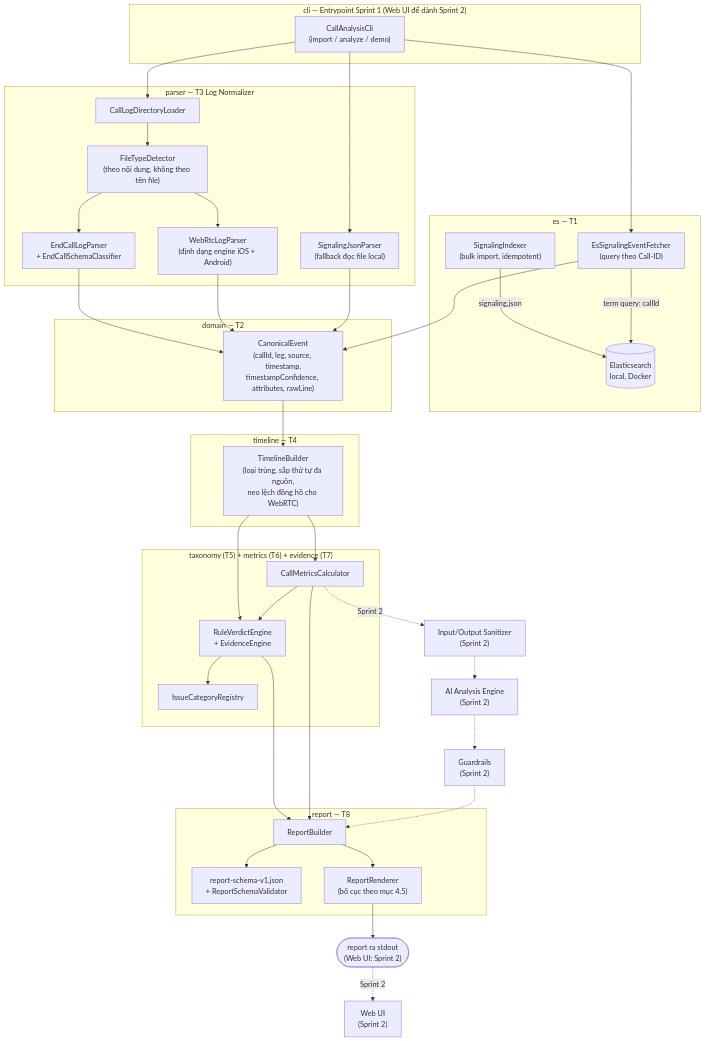
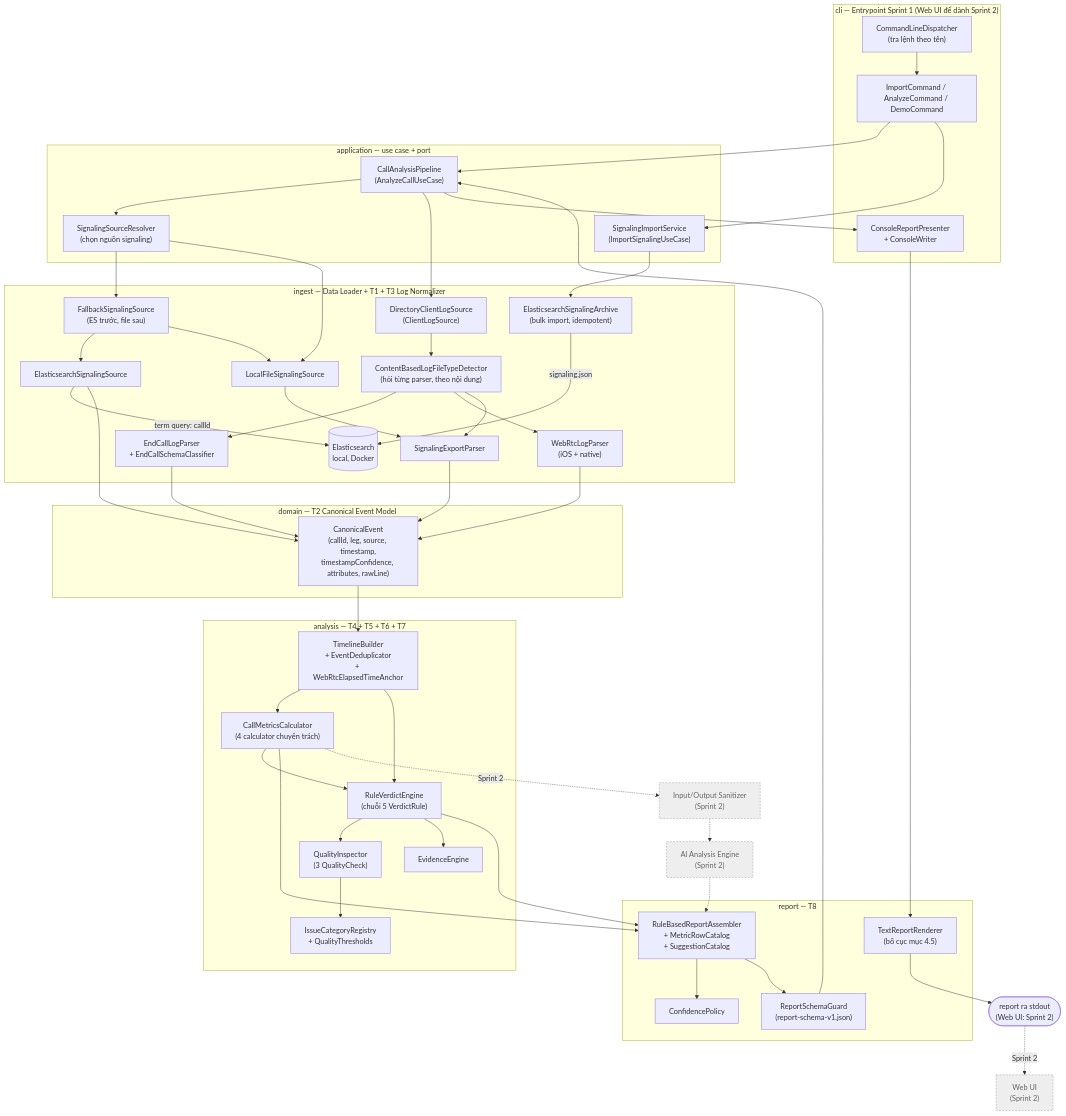
One commit to tutran0401/call-analysis-assistant changed the second of 2 diagrams in docs/architecture-diagram-v1.md. Above: the diagram before and after it, drawn with Mermaid. The commit also changed other lines of this file and 171 other files, not shown here.

````diff
--- a/docs/architecture-diagram-v1.md
+++ b/docs/architecture-diagram-v1.md
@@ -7,72 +28,92 @@
 ```mermaid
 flowchart TD
     subgraph cli["cli — Entrypoint Sprint 1 (Web UI để dành Sprint 2)"]
-        CLI["CallAnalysisCli\n(import / analyze / demo)"]
+        Dispatcher["CommandLineDispatcher<br/>(tra lệnh theo tên)"]
+        Commands["ImportCommand / AnalyzeCommand / DemoCommand"]
+        Presenter["ConsoleReportPresenter<br/>+ ConsoleWriter"]
+        Dispatcher --> Commands
     end
 
-    subgraph es["es — T1"]
-        Indexer["SignalingIndexer\n(bulk import, idempotent)"]
-        Fetcher["EsSignalingEventFetcher\n(query theo Call-ID)"]
-        ESStore[(Elasticsearch\nlocal, Docker)]
-        Indexer -->|signaling.json| ESStore
-        Fetcher -->|term query: callId| ESStore
+    subgraph app["application — use case + port"]
+        Pipeline["CallAnalysisPipeline<br/>(AnalyzeCallUseCase)"]
+        ImportSvc["SignalingImportService<br/>(ImportSignalingUseCase)"]
+        Resolver["SignalingSourceResolver<br/>(chọn nguồn signaling)"]
     end
 
-    subgraph parser["parser — T3 Log Normalizer"]
-        Detect["FileTypeDetector\n(theo nội dung, không theo tên file)"]
-        EndCall["EndCallLogParser\n+ EndCallSchemaClassifier"]
-        WebRtc["WebRtcLogParser\n(định dạng engine iOS + Android)"]
-        SigJson["SignalingJsonParser\n(fallback đọc file local)"]
-        DirLoader["CallLogDirectoryLoader"]
-        Detect --> EndCall
-        Detect --> WebRtc
-        DirLoader --> Detect
+    subgraph ingest["ingest — Data Loader + T1 + T3 Log Normalizer"]
+        Detector["ContentBasedLogFileTypeDetector<br/>(hỏi từng parser, theo nội dung)"]
+        EndCall["EndCallLogParser<br/>+ EndCallSchemaClassifier"]
+        WebRtc["WebRtcLogParser<br/>(iOS + native)"]
+        SigParser["SignalingExportParser"]
+        DirSource["DirectoryClientLogSource<br/>(ClientLogSource)"]
+        Fallback["FallbackSignalingSource<br/>(ES trước, file sau)"]
+        EsSource["ElasticsearchSignalingSource"]
+        FileSource["LocalFileSignalingSource"]
+        Archive["ElasticsearchSignalingArchive<br/>(bulk import, idempotent)"]
+        ESStore[(Elasticsearch<br/>local, Docker)]
+        DirSource --> Detector
+        Detector --> EndCall
+        Detector --> WebRtc
+        Detector --> SigParser
+        FileSource --> SigParser
+        Fallback --> EsSource
+        Fallback --> FileSource
+        EsSource -->|term query: callId| ESStore
+        Archive -->|signaling.json| ESStore
     end
 
-    subgraph domain["domain — T2"]
-        CanonicalEvent["CanonicalEvent\n(callId, leg, source, timestamp,\ntimestampConfidence, attributes, rawLine)"]
+    subgraph domain["domain — T2 Canonical Event Model"]
+        CanonicalEvent["CanonicalEvent<br/>(callId, leg, source, timestamp,<br/>timestampConfidence, attributes, rawLine)"]
     end
 
-    subgraph timeline["timeline — T4"]
-        TimelineBuilder["TimelineBuilder\n(loại trùng, sắp thứ tự đa nguồn,\nneo lệch đồng hồ cho WebRTC)"]
-    end
-
-    subgraph analysis["taxonomy (T5) + metrics (T6) + evidence (T7)"]
-        Metrics["CallMetricsCalculator"]
-        RuleEngine["RuleVerdictEngine\n+ EvidenceEngine"]
-        Taxonomy["IssueCategoryRegistry"]
-        RuleEngine --> Taxonomy
+    subgraph analysis["analysis — T4 + T5 + T6 + T7"]
+        Timeline["TimelineBuilder<br/>+ EventDeduplicator<br/>+ WebRtcElapsedTimeAnchor"]
+        Metrics["CallMetricsCalculator<br/>(4 calculator chuyên trách)"]
+        Rules["RuleVerdictEngine<br/>(chuỗi 5 VerdictRule)"]
+        Quality["QualityInspector<br/>(3 QualityCheck)"]
+        Evidence["EvidenceEngine"]
+        Taxonomy["IssueCategoryRegistry<br/>+ QualityThresholds"]
+        Rules --> Quality
+        Rules --> Evidence
+        Quality --> Taxonomy
     end
 
     subgraph report["report — T8"]
-        Builder["ReportBuilder"]
-        Schema["report-schema-v1.json\n+ ReportSchemaValidator"]
-        Renderer["ReportRenderer\n(bố cục theo mục 4.5)"]
-        Builder --> Schema
-        Builder --> Renderer
+        Assembler["RuleBasedReportAssembler<br/>+ MetricRowCatalog<br/>+ SuggestionCatalog"]
+        Confidence["ConfidencePolicy"]
+        Guard["ReportSchemaGuard<br/>(report-schema-v1.json)"]
+        Renderer["TextReportRenderer<br/>(bố cục mục 4.5)"]
+        Assembler --> Confidence
     end
 
-    CLI --> Fetcher
-    CLI --> SigJson
-    CLI --> DirLoader
+    Commands --> Pipeline
+    Commands --> ImportSvc
+    ImportSvc --> Archive
+    Pipeline --> Resolver
+    Resolver --> Fallback
+    Resolver --> FileSource
+    Pipeline --> DirSource
     EndCall --> CanonicalEvent
     WebRtc --> CanonicalEvent
-    SigJson --> CanonicalEvent
-    Fetcher --> CanonicalEvent
-    CanonicalEvent --> TimelineBuilder
-    TimelineBuilder --> Metrics
-    TimelineBuilder --> RuleEngine
-    Metrics --> RuleEngine
-    RuleEngine --> Builder
-    Metrics --> Builder
-    Renderer --> Stdout(["report ra stdout\n(Web UI: Sprint 2)"])
+    SigParser --> CanonicalEvent
+    EsSource --> CanonicalEvent
+    CanonicalEvent --> Timeline
+    Timeline --> Metrics
+    Timeline --> Rules
+    Metrics --> Rules
+    Rules --> Assembler
+    Metrics --> Assembler
+    Assembler --> Guard
+    Guard --> Pipeline
+    Pipeline --> Presenter
+    Presenter --> Renderer
+    Renderer --> Stdout(["report ra stdout<br/>(Web UI: Sprint 2)"])
 
-    classDef future fill:#eee,stroke:#999,color:#999,stroke-dasharray: 4 3
-    class Sanitizer,AIEngine,Guardrails,WebUI future
-    Sanitizer["Input/Output Sanitizer\n(Sprint 2)"]
-    AIEngine["AI Analysis Engine\n(Sprint 2)"]
-    Guardrails["Guardrails\n(Sprint 2)"]
-    WebUI["Web UI\n(Sprint 2)"]
-    Metrics -.->|Sprint 2| Sanitizer -.-> AIEngine -.-> Guardrails -.-> Builder
+    classDef future fill:#eee,stroke:#999,color:#666,stroke-dasharray: 4 3
+    Sanitizer["Input/Output Sanitizer<br/>(Sprint 2)"]
+    AIEngine["AI Analysis Engine<br/>(Sprint 2)"]
+    WebUI["Web UI<br/>(Sprint 2)"]
+    class Sanitizer,AIEngine,WebUI future
+    Metrics -.->|Sprint 2| Sanitizer -.-> AIEngine -.-> Assembler
     Stdout -.->|Sprint 2| WebUI
 ```
````
